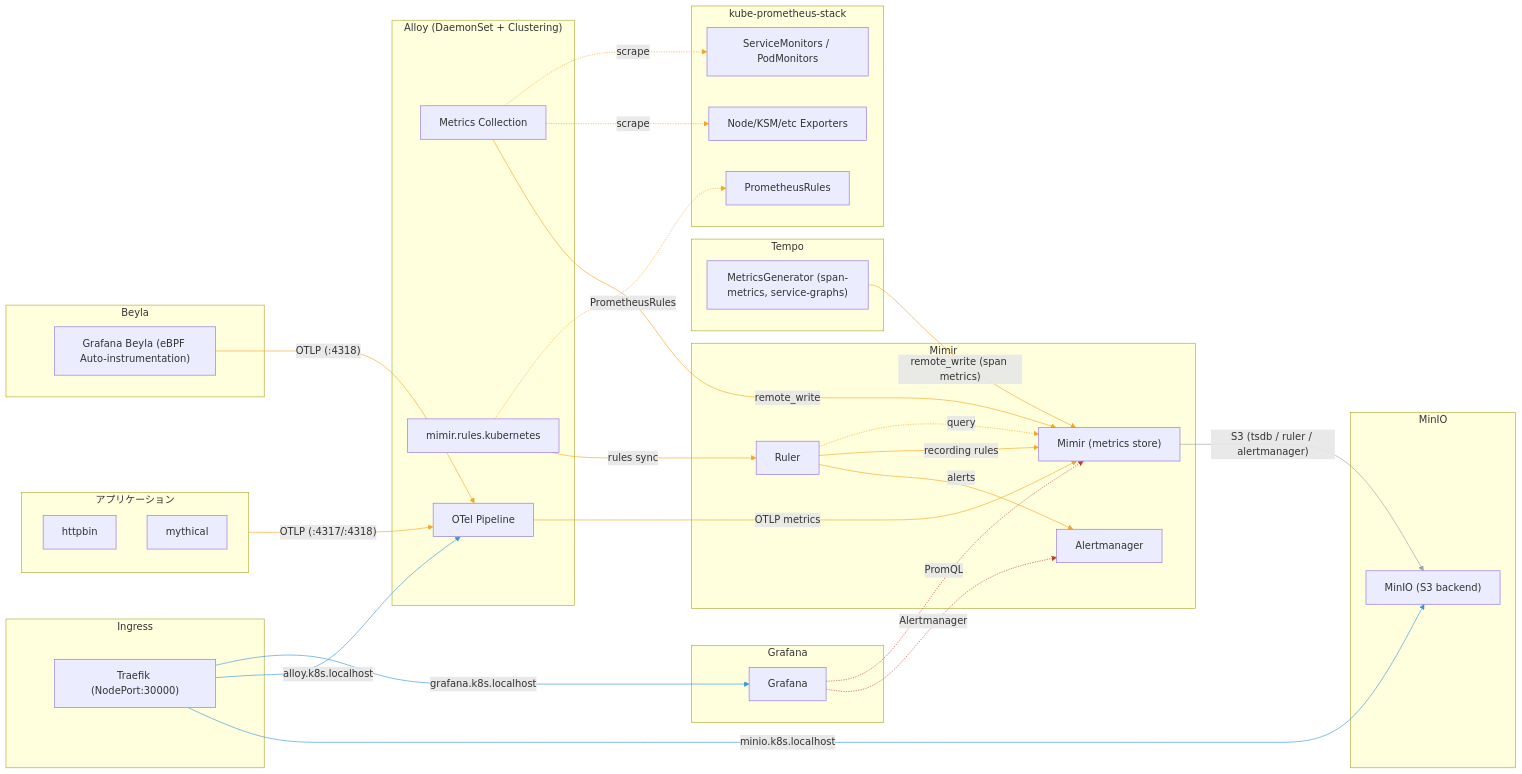
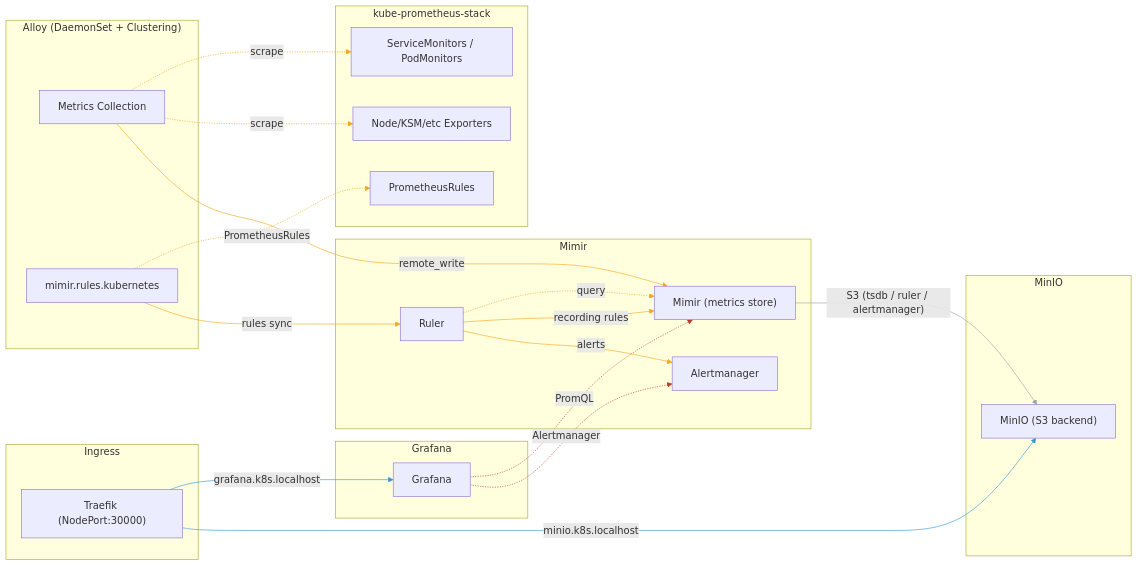
Before and after one commit to buzztaiki/sandbox: the first of 3 diagrams in k8s/alloy-kube-prom-stack/README.md, drawn with Mermaid. The commit also changed other lines of this file, not shown here.

Commit message:
refine diagrams: move otel metrics/tempo_mg to traces only

````diff
--- a/k8s/alloy-kube-prom-stack/README.md
+++ b/k8s/alloy-kube-prom-stack/README.md
@@ -34,74 +34,55 @@
 ```mermaid
 graph LR
-    subgraph apps["アプリケーション"]
-        httpbin["httpbin"]
-        mythical["mythical"]
-    end
-
-    subgraph beyla_ns["Beyla"]
-        beyla["Grafana Beyla (eBPF Auto-instrumentation)"]
-    end
-
     subgraph kps["kube-prometheus-stack"]
         kube_monitors["ServiceMonitors / PodMonitors"]
         kube_rules["PrometheusRules"]
         exporters["Node/KSM/etc Exporters"]
     end
 
     subgraph alloy_ns["Alloy (DaemonSet + Clustering)"]
         alloy_metrics["Metrics Collection"]
         alloy_rules["mimir.rules.kubernetes"]
-        alloy_otel["OTel Pipeline"]
     end
 
     subgraph mimir_ns["Mimir"]
         mimir["Mimir (metrics store)"]
         mimir_am["Alertmanager"]
         mimir_ruler["Ruler"]
-    end
-
-    subgraph tempo_ns["Tempo"]
-        tempo_mg["MetricsGenerator (span-metrics, service-graphs)"]
     end
 
     subgraph minio_ns["MinIO"]
         minio["MinIO (S3 backend)"]
     end
 
     subgraph grafana_ns["Grafana"]
         grafana["Grafana"]
     end
 
     subgraph ingress["Ingress"]
         traefik["Traefik (NodePort:30000)"]
     end
 
-    beyla m1@-->|"OTLP (:4318)"| alloy_otel
-    apps m2@-->|"OTLP (:4317/:4318)"| alloy_otel
-    alloy_metrics m3@-.->|"scrape"| kube_monitors
-    alloy_metrics m4@-.->|"scrape"| exporters
-    alloy_rules m5@-.->|"PrometheusRules"| kube_rules
-    alloy_metrics m6@-->|"remote_write"| mimir
-    alloy_rules m7@-->|"rules sync"| mimir_ruler
-    alloy_otel m8@-->|"OTLP metrics"| mimir
+    alloy_metrics m1@-.->|"scrape"| kube_monitors
+    alloy_metrics m2@-.->|"scrape"| exporters
+    alloy_rules m3@-.->|"PrometheusRules"| kube_rules
+    alloy_metrics m4@-->|"remote_write"| mimir
+    alloy_rules m5@-->|"rules sync"| mimir_ruler
     mimir_ruler x1@-.->|"query"| mimir
     mimir_ruler x2@-->|"recording rules"| mimir
     mimir_ruler x3@-->|"alerts"| mimir_am
-    tempo_mg m9@-->|"remote_write (span metrics)"| mimir
     mimir s1@-->|"S3 (tsdb / ruler / alertmanager)"| minio
     grafana r1@-.->|"PromQL"| mimir
     grafana r2@-.->|"Alertmanager"| mimir_am
     traefik i1@-->|"grafana.k8s.localhost"| grafana
-    traefik i2@-->|"alloy.k8s.localhost"| alloy_otel
-    traefik i3@-->|"minio.k8s.localhost"| minio
+    traefik i2@-->|"minio.k8s.localhost"| minio
 
     classDef metrics stroke:#f5a623
     classDef storage stroke:#95a5a6
     classDef read stroke:#c0392b
     classDef ingress stroke:#3498db
 
-    class m1,m2,m3,m4,m5,m6,m7,m8,m9,x1,x2,x3 metrics
+    class m1,m2,m3,m4,m5,x1,x2,x3 metrics
     class s1 storage
     class r1,r2 read
-    class i1,i2,i3 ingress
+    class i1,i2 ingress
 ```
````
